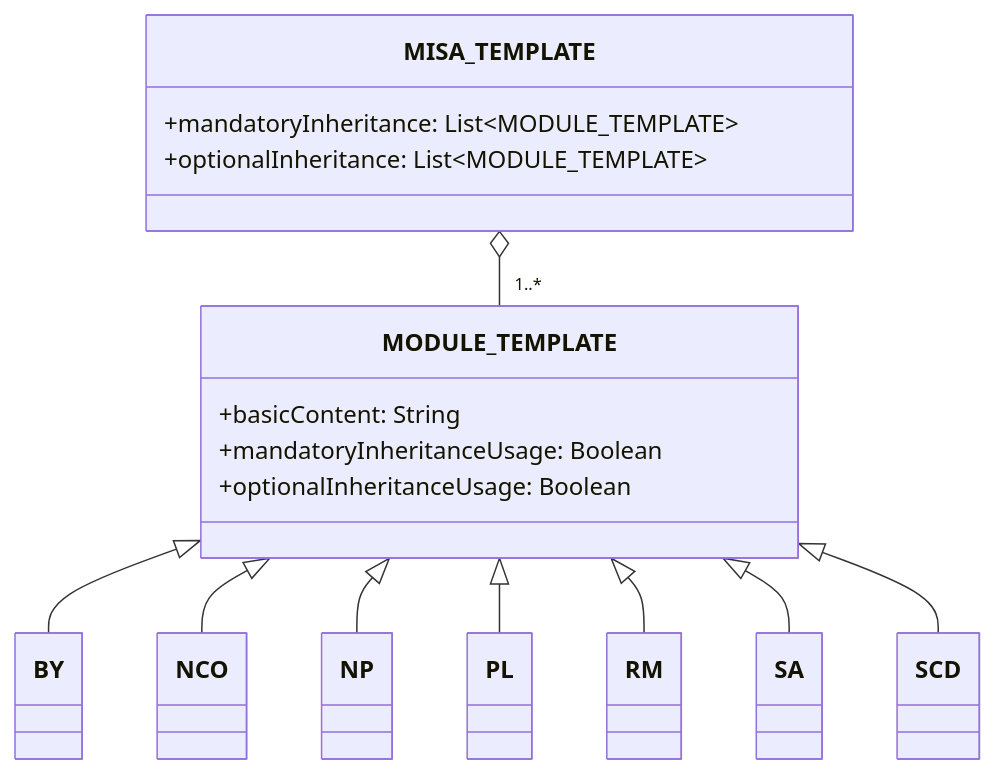
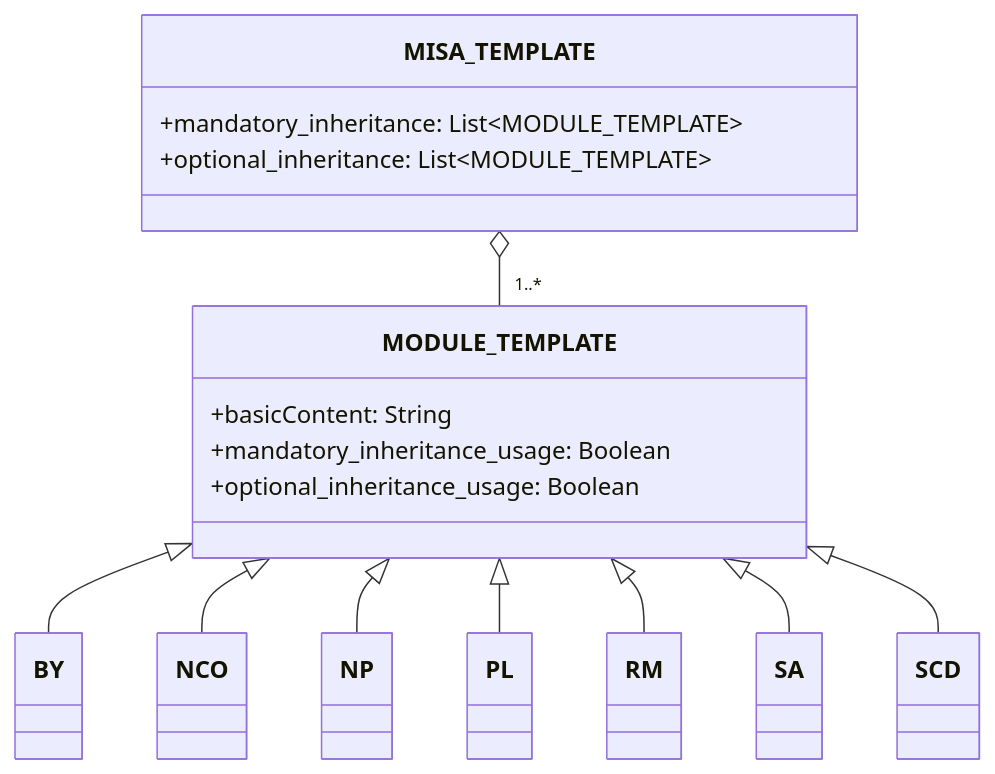
The diagram in README.md (ThePioneerJP/MISA-license-framework), drawn with Mermaid before and after one commit. The commit also changed other lines of this file, not shown here.

````diff
--- a/README.md
+++ b/README.md
@@ -25,23 +25,23 @@
 ```mermaid
 classDiagram
     class MODULE_TEMPLATE {
         +basicContent: String
-        +mandatoryInheritanceUsage: Boolean
-        +optionalInheritanceUsage: Boolean
+        +mandatory_inheritance_usage: Boolean
+        +optional_inheritance_usage: Boolean
     }
     
     MODULE_TEMPLATE <|-- BY
     MODULE_TEMPLATE <|-- NCO
     MODULE_TEMPLATE <|-- NP
     MODULE_TEMPLATE <|-- PL
     MODULE_TEMPLATE <|-- RM
     MODULE_TEMPLATE <|-- SA
     MODULE_TEMPLATE <|-- SCD
     
     class MISA_TEMPLATE {
-        +mandatoryInheritance: List~MODULE_TEMPLATE~
-        +optionalInheritance: List~MODULE_TEMPLATE~
+        +mandatory_inheritance: List~MODULE_TEMPLATE~
+        +optional_inheritance: List~MODULE_TEMPLATE~
     }
     
     MISA_TEMPLATE o--  "1..*" MODULE_TEMPLATE
 ```
````
